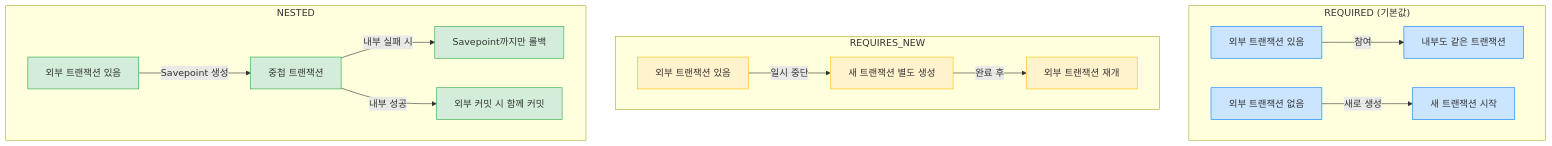
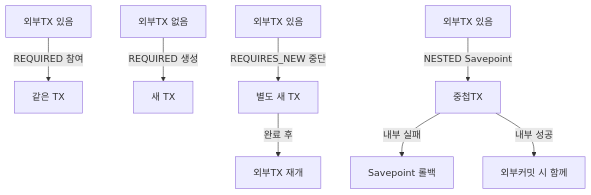
The eighth of 11 diagrams in _posts/spring/2026-05-02-spring-db-1.md (yjkim2015/yjkim2015.github.io), drawn with Mermaid before and after one commit. The commit also changed other lines of this file and 215 other files, not shown here.

First line of the commit message:
신규 포스트 10개 추가 + Mermaid 전면 축소 + SystemDesign 시리즈 보강

````diff
--- a/_posts/spring/2026-05-02-spring-db-1.md
+++ b/_posts/spring/2026-05-02-spring-db-1.md
@@ -479,25 +392,10 @@
 ```mermaid
 graph TD
-    subgraph "REQUIRED (기본값)"
-        R1["외부 트랜잭션 있음"] -->|"참여"| R2["내부도 같은 트랜잭션"]
-        R3["외부 트랜잭션 없음"] -->|"새로 생성"| R4["새 트랜잭션 시작"]
-    end
-
-    subgraph "REQUIRES_NEW"
-        N1["외부 트랜잭션 있음"] -->|"일시 중단"| N2["새 트랜잭션 별도 생성"]
-        N2 -->|"완료 후"| N3["외부 트랜잭션 재개"]
-    end
-
-    subgraph "NESTED"
-        NE1["외부 트랜잭션 있음"] -->|"Savepoint 생성"| NE2["중첩 트랜잭션"]
-        NE2 -->|"내부 실패 시"| NE3["Savepoint까지만 롤백"]
-        NE2 -->|"내부 성공"| NE4["외부 커밋 시 함께 커밋"]
-    end
-
-    classDef default fill:#cce5ff,stroke:#007bff
-    classDef new fill:#fff3cd,stroke:#ffc107
-    classDef nested fill:#d4edda,stroke:#28a745
-    class R1,R2,R3,R4 default
-    class N1,N2,N3 new
-    class NE1,NE2,NE3,NE4 nested
+    R1["외부TX 있음"] -->|REQUIRED 참여| R2["같은 TX"]
+    R3["외부TX 없음"] -->|REQUIRED 생성| R4["새 TX"]
+    N1["외부TX 있음"] -->|REQUIRES_NEW 중단| N2["별도 새 TX"]
+    N2 -->|완료 후| N3["외부TX 재개"]
+    NE1["외부TX 있음"] -->|NESTED Savepoint| NE2["중첩TX"]
+    NE2 -->|내부 실패| NE3["Savepoint 롤백"]
+    NE2 -->|내부 성공| NE4["외부커밋 시 함께"]
 ```
````
